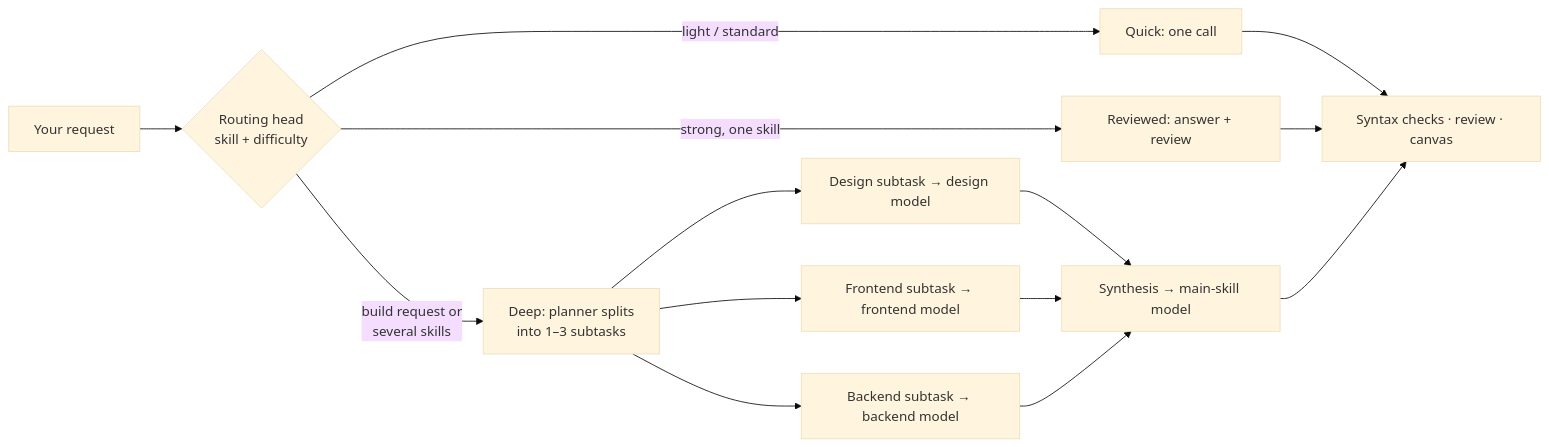
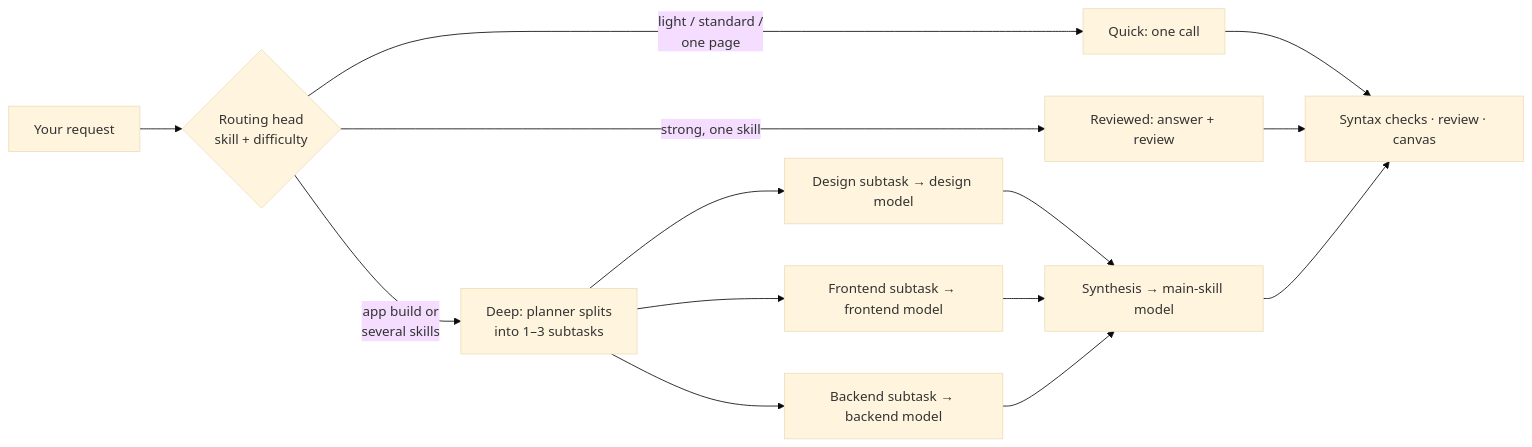
One commit to albertleooonardi/L.E.O changed the diagram in README.md. Above: the diagram before and after it, drawn with Mermaid (base theme). The commit also changed other lines of this file and 12 other files, not shown here.

Commit message:
QA loop vs Gemini/ChatGPT web: reviewed code with stated rules, static repairs, richer pages, rate-limit retry, single-page Quick mode

````diff
--- a/README.md
+++ b/README.md
@@ -47,12 +47,12 @@
 ```mermaid
 flowchart LR
     R[Your request] --> C{Routing head<br/>skill + difficulty}
-    C -->|light / standard| Q[Quick: one call]
+    C -->|light / standard /<br/>one page| Q[Quick: one call]
     C -->|strong, one skill| V[Reviewed: answer + review]
-    C -->|build request or<br/>several skills| D[Deep: planner splits<br/>into 1–3 subtasks]
+    C -->|app build or<br/>several skills| D[Deep: planner splits<br/>into 1–3 subtasks]
     D --> T1[Design subtask → design model]
     D --> T2[Frontend subtask → frontend model]
     D --> T3[Backend subtask → backend model]
     T1 & T2 & T3 --> S[Synthesis → main-skill model]
     Q & V & S --> K[Syntax checks · review · canvas]
 ```
````
